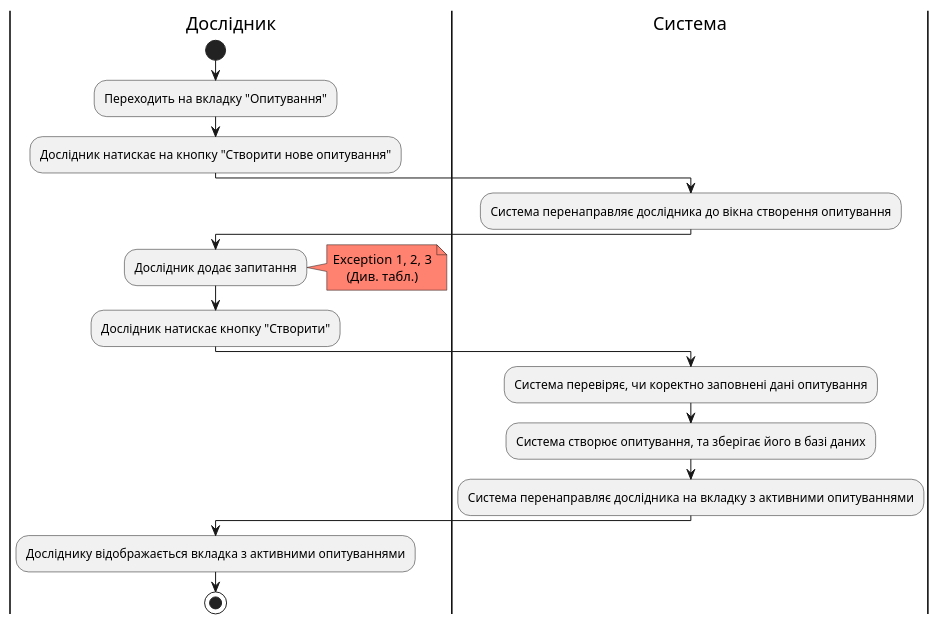
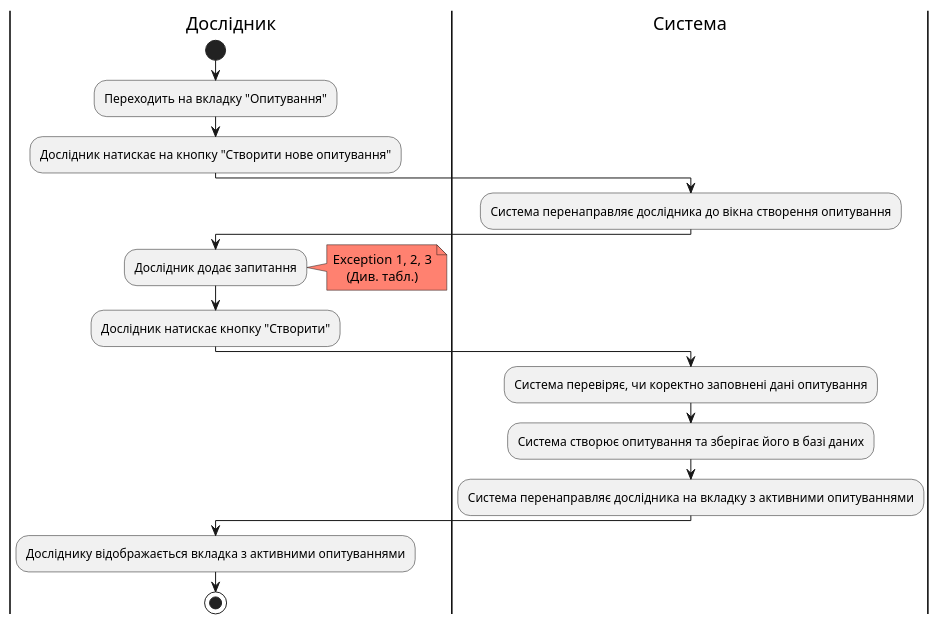
Before and after one commit to generalmaks/db_labs: the second of 3 diagrams in docs/use_cases.md, drawn with PlantUML. The commit also changed other lines of this file, not shown here.

Commit message:
Added CreateSurvey diagram

````diff
--- a/docs/use_cases.md
+++ b/docs/use_cases.md
@@ -161,25 +161,25 @@
 ```plantuml
 @startuml
 |Дослідник|
 start
 skinparam defaultTextAlignment center
 :Переходить на вкладку "Опитування";
 :Дослідник натискає на кнопку "Створити нове опитування";
 |Система|
 :Система перенаправляє дослідника до вікна створення опитування;
 |Дослідник|
 :Дослідник додає запитання;
 note right #ff8170
 Exception 1, 2, 3
 (Див. табл.)
 end note
 :Дослідник натискає кнопку "Створити";
 |Система|
 :Система перевіряє, чи коректно заповнені дані опитування;
-:Система створює опитування, та зберігає його в базі даних;
+:Система створює опитування та зберігає його в базі даних;
 :Система перенаправляє дослідника на вкладку з активними опитуваннями;
 |Дослідник|
 :Досліднику відображається вкладка з активними опитуваннями;
 stop
 @enduml
 ```
````
